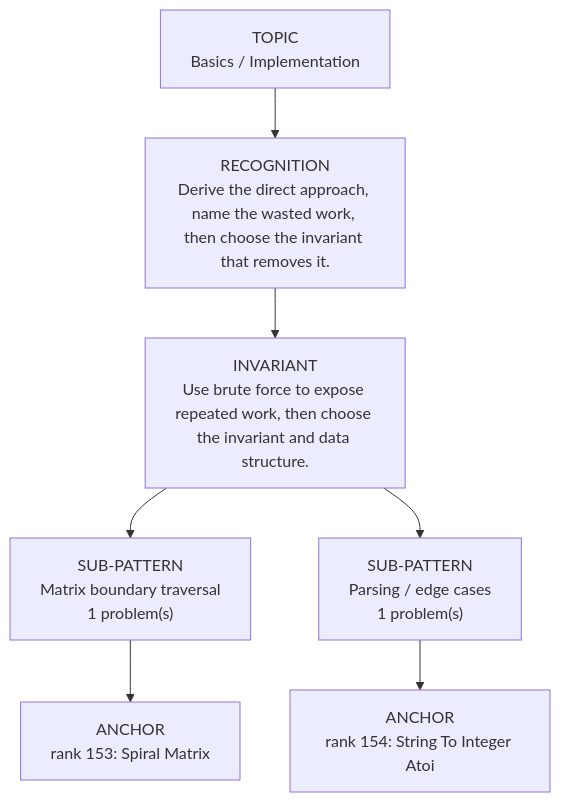
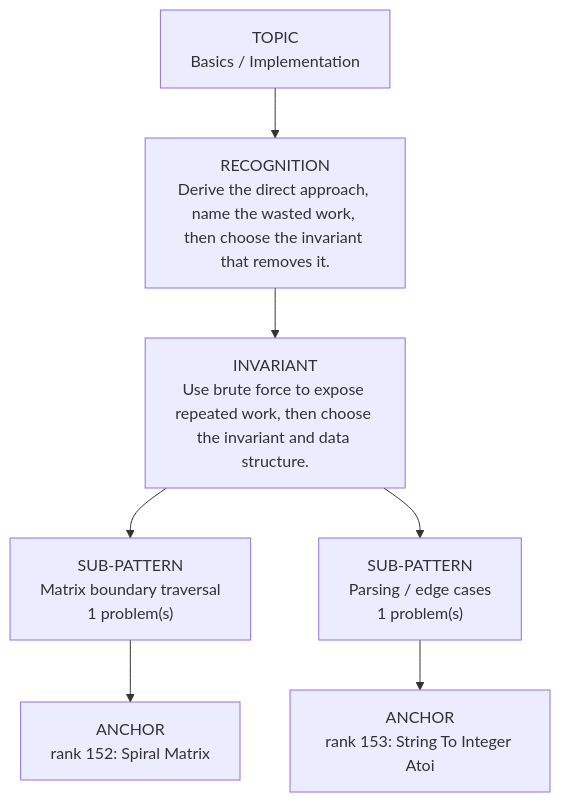
One commit to thechiranjeevjain/DSA10days changed the diagram in dsa-review/interview/patterns/21_core_basics.md. Above: the diagram before and after it, drawn with Mermaid. The commit also changed other lines of this file and 71 other files, not shown here.

````diff
--- a/dsa-review/interview/patterns/21_core_basics.md
+++ b/dsa-review/interview/patterns/21_core_basics.md
@@ -15,11 +15,11 @@
 ```mermaid
 flowchart TD
   Topic["TOPIC<br/>Basics / Implementation"]
   Recognition["RECOGNITION<br/>Derive the direct approach, name the wasted work, then choose the invariant that removes it."]
   Invariant["INVARIANT<br/>Use brute force to expose repeated work, then choose the invariant and data structure."]
   Topic --> Recognition --> Invariant
   Invariant --> Sub01["SUB-PATTERN<br/>Matrix boundary traversal<br/>1 problem(s)"]
-  Sub01 --> Sub01A01["ANCHOR<br/>rank 153: Spiral Matrix"]
+  Sub01 --> Sub01A01["ANCHOR<br/>rank 152: Spiral Matrix"]
   Invariant --> Sub02["SUB-PATTERN<br/>Parsing / edge cases<br/>1 problem(s)"]
-  Sub02 --> Sub02A01["ANCHOR<br/>rank 154: String To Integer Atoi"]
+  Sub02 --> Sub02A01["ANCHOR<br/>rank 153: String To Integer Atoi"]
 ```
````
